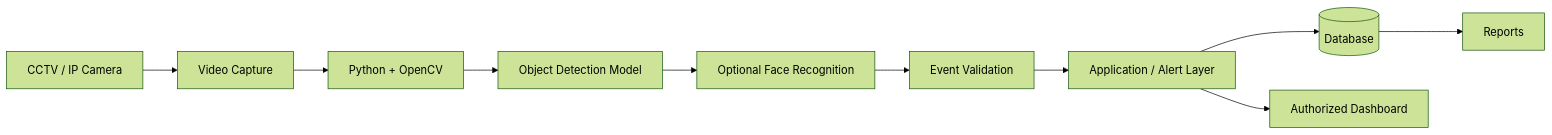
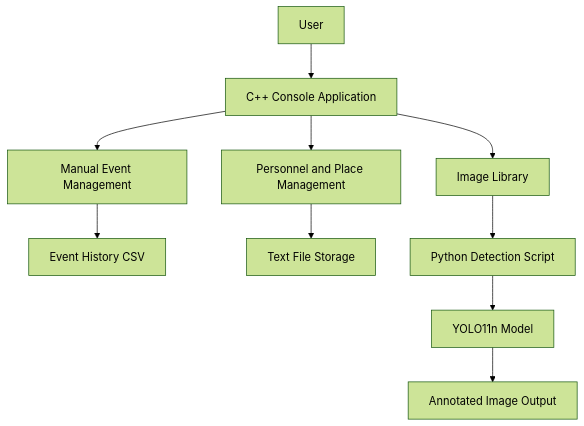
One commit to Ashishraj2396/pbl changed the diagram in docs/architecture.md. Above: the diagram before and after it, drawn with Mermaid (forest theme). The commit also changed other lines of this file and 24 other files, not shown here.

````diff
--- a/docs/architecture.md
+++ b/docs/architecture.md
@@ -30,12 +32,12 @@
 ```mermaid
-flowchart LR
-    A[CCTV / IP Camera] --> B[Video Capture]
-    B --> C[Python + OpenCV]
-    C --> D[Object Detection Model]
-    D --> E[Optional Face Recognition]
-    E --> F[Event Validation]
-    F --> G[Application / Alert Layer]
-    G --> H[(Database)]
-    G --> I[Authorized Dashboard]
-    H --> J[Reports]
+flowchart TD
+    A[User] --> B[C++ Console Application]
+    B --> C[Manual Event Management]
+    B --> D[Personnel and Place Management]
+    B --> E[Image Library]
+    C --> F[Event History CSV]
+    D --> G[Text File Storage]
+    E --> H[Python Detection Script]
+    H --> I[YOLO11n Model]
+    I --> J[Annotated Image Output]
 ```
````
